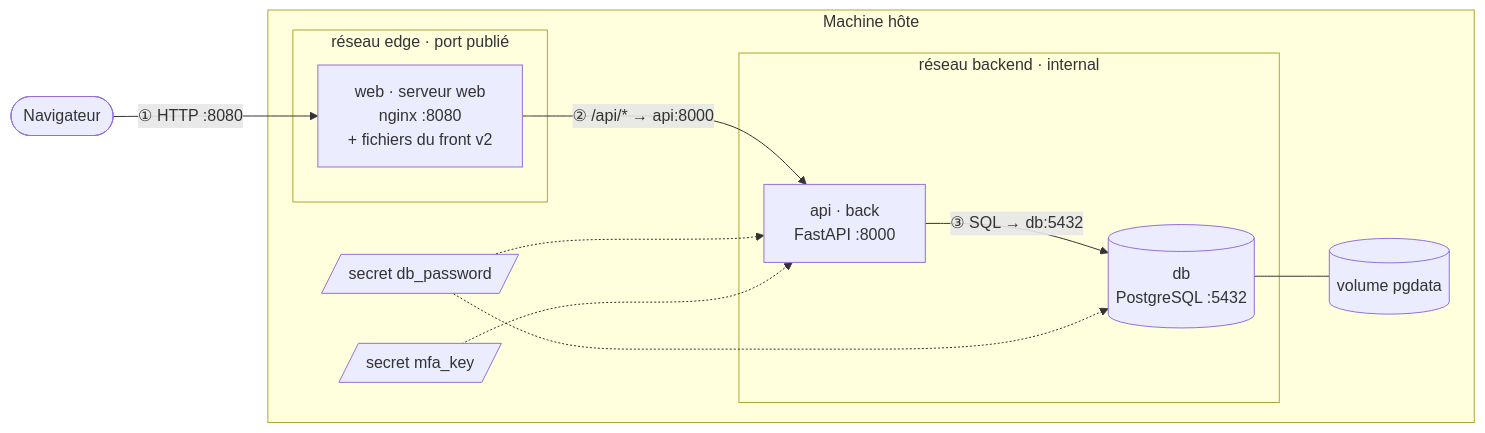
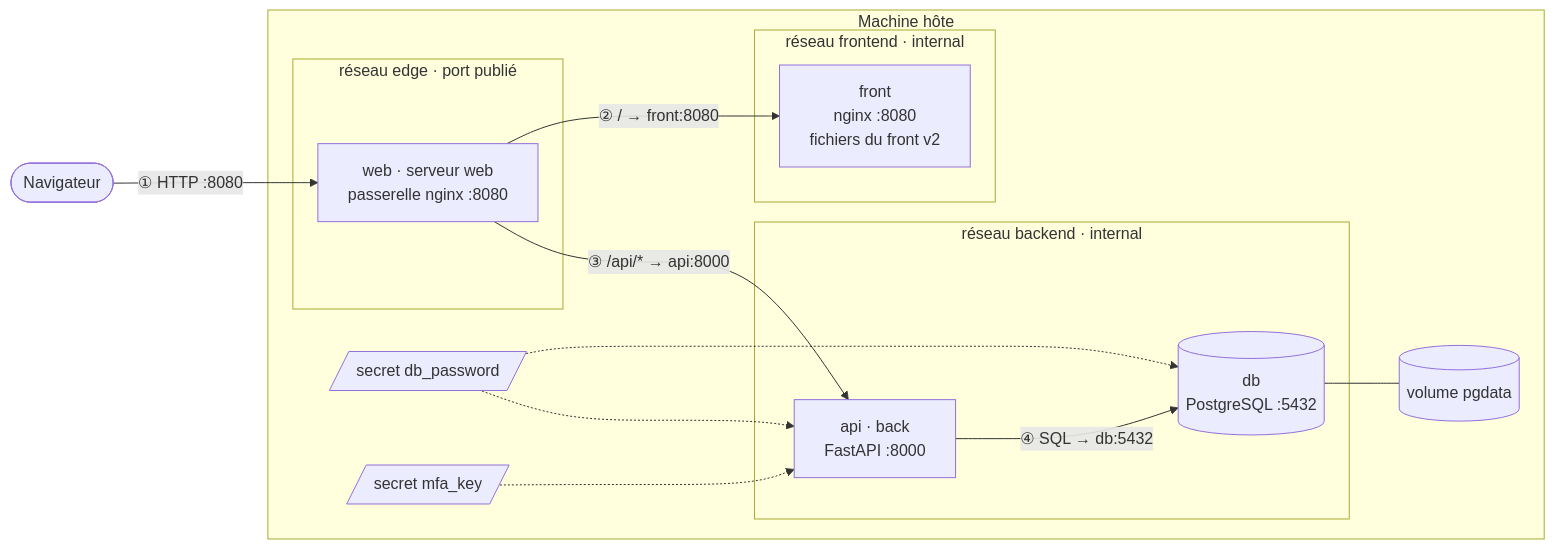
One commit to zharrow/Luniqo changed the second of 4 diagrams in docker/README.md. Above: the diagram before and after it, drawn with Mermaid. The commit also changed other lines of this file and 14 other files, not shown here.

````diff
--- a/docker/README.md
+++ b/docker/README.md
@@ -127,25 +135,29 @@
 ```mermaid
 flowchart LR
     browser(["Navigateur"])
 
     subgraph host["Machine hôte"]
         subgraph edge["réseau edge · port publié"]
-            web["web · serveur web<br/>nginx :8080<br/>+ fichiers du front v2"]
+            web["web · serveur web<br/>passerelle nginx :8080"]
+        end
+        subgraph frontend["réseau frontend · internal"]
+            front["front<br/>nginx :8080<br/>fichiers du front v2"]
         end
         subgraph backend["réseau backend · internal"]
             api["api · back<br/>FastAPI :8000"]
             db[("db<br/>PostgreSQL :5432")]
         end
         vol[("volume pgdata")]
         secret[/"secret db_password"/]
         mfakey[/"secret mfa_key"/]
     end
 
     browser -- "① HTTP :8080" --> web
-    web -- "② /api/* → api:8000" --> api
-    api -- "③ SQL → db:5432" --> db
+    web -- "② / → front:8080" --> front
+    web -- "③ /api/* → api:8000" --> api
+    api -- "④ SQL → db:5432" --> db
     db --- vol
     secret -.-> db
     secret -.-> api
     mfakey -.-> api
 ```
````
